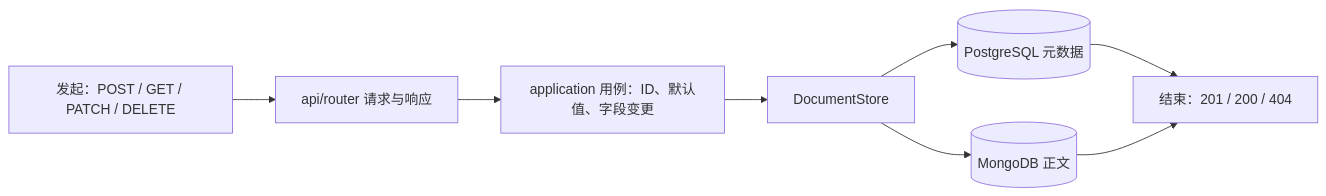
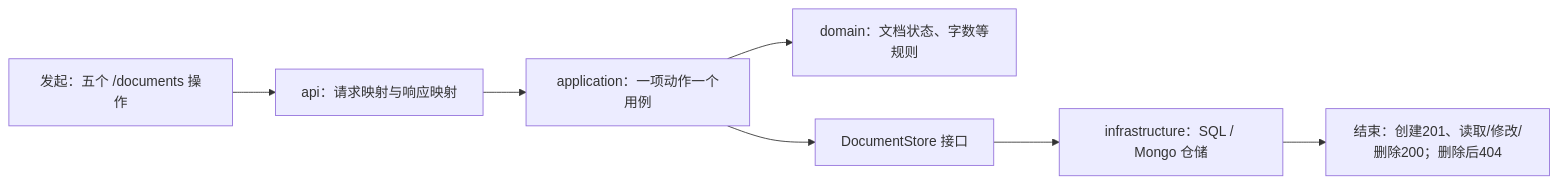
Before and after one commit to ZKshun/knowledge-hub-fastapi: the second of 5 diagrams in docs/versions/v1/implementation-flow-report.md, drawn with Mermaid. The commit also changed other lines of this file and 6 other files, not shown here.

Commit message:
docs(v1): teach FastAPI document service flow

````diff
--- a/docs/versions/v1/implementation-flow-report.md
+++ b/docs/versions/v1/implementation-flow-report.md
@@ -91,10 +85,9 @@
 ```mermaid
 flowchart LR
-    A["发起：POST / GET / PATCH / DELETE"] --> B["api/router 请求与响应"]
-    B --> C["application 用例：ID、默认值、字段变更"]
-    C --> D["DocumentStore"]
-    D --> E[("PostgreSQL 元数据")]
-    D --> F[("MongoDB 正文")]
-    E --> G["结束：201 / 200 / 404"]
-    F --> G
+    A["发起：五个 /documents 操作"] --> B["api：请求映射与响应映射"]
+    B --> C["application：一项动作一个用例"]
+    C --> D["domain：文档状态、字数等规则"]
+    C --> E["DocumentStore 接口"]
+    E --> F["infrastructure：SQL / Mongo 仓储"]
+    F --> G["结束：创建201、读取/修改/删除200；删除后404"]
 ```
````
